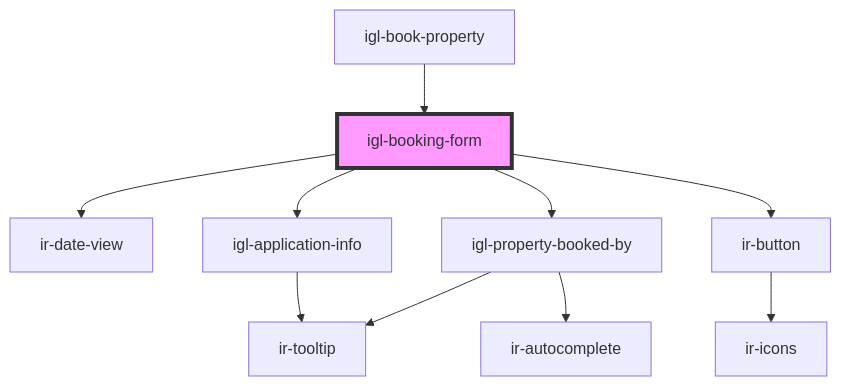
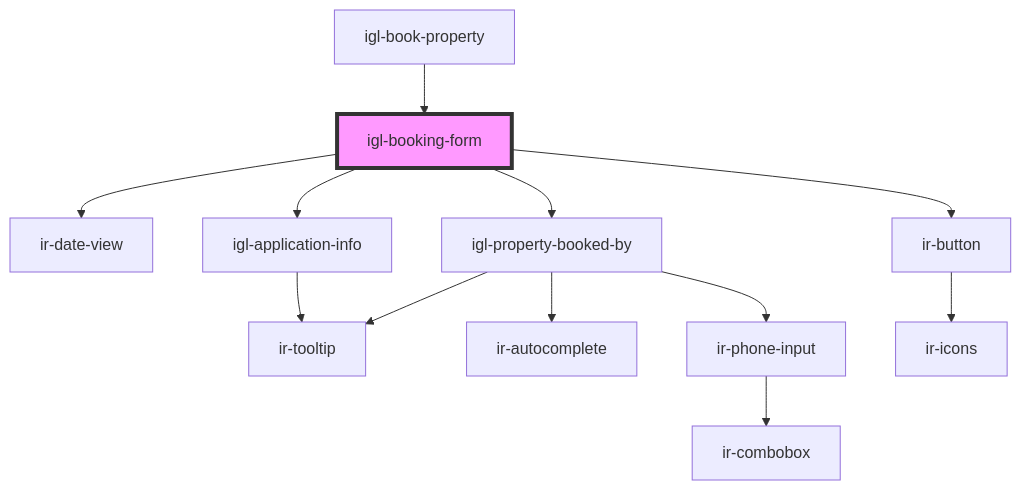
Before and after one commit to David1Chowaifaty/modified-ir-webcmp: the diagram in src/components/igloo-calendar/igl-book-property/igl-booking-form/readme.md, drawn with Mermaid. The commit also changed 22 other files, not shown here.

````diff
--- a/src/components/igloo-calendar/igl-book-property/igl-booking-form/readme.md
+++ b/src/components/igloo-calendar/igl-book-property/igl-booking-form/readme.md
@@ -51,13 +51,15 @@
 ```mermaid
 graph TD;
   igl-booking-form --> ir-date-view
   igl-booking-form --> igl-application-info
   igl-booking-form --> igl-property-booked-by
   igl-booking-form --> ir-button
   igl-application-info --> ir-tooltip
   igl-property-booked-by --> ir-autocomplete
   igl-property-booked-by --> ir-tooltip
+  igl-property-booked-by --> ir-phone-input
+  ir-phone-input --> ir-combobox
   ir-button --> ir-icons
   igl-book-property --> igl-booking-form
   style igl-booking-form fill:#f9f,stroke:#333,stroke-width:4px
 ```
````
